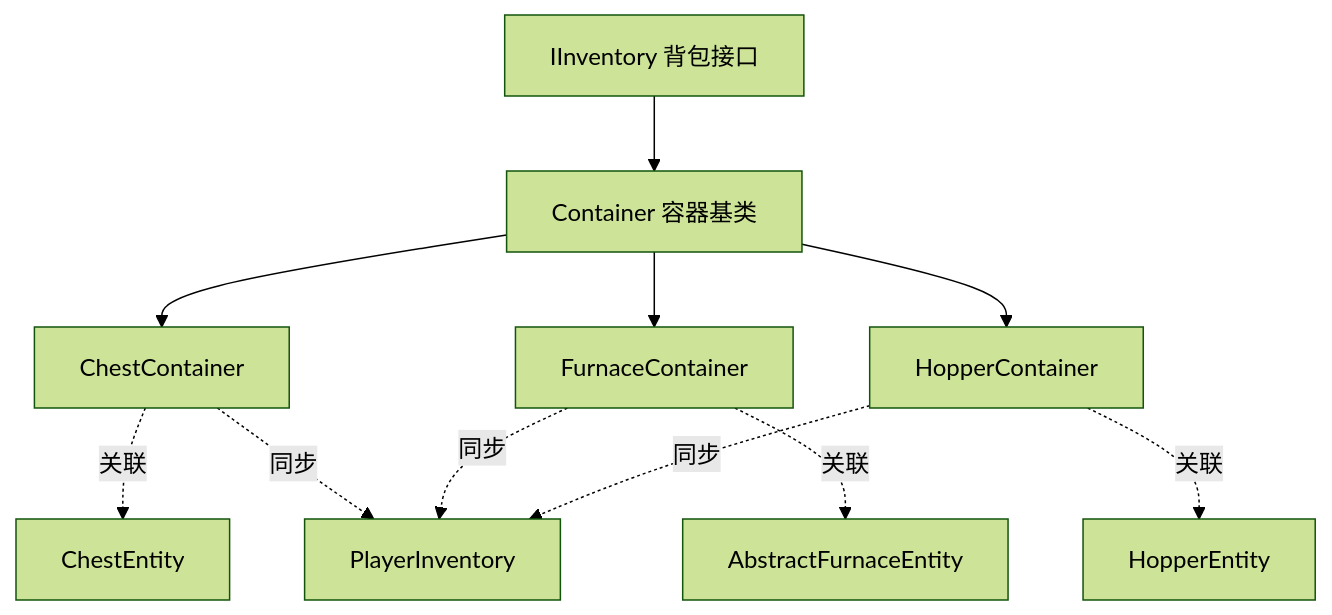
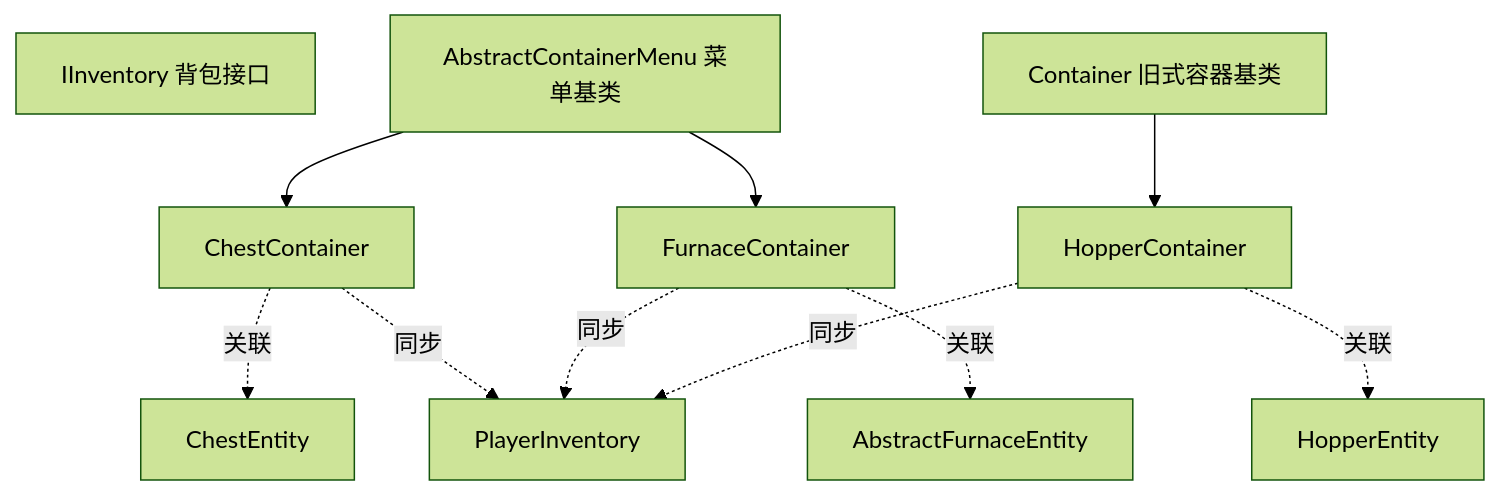
Before and after one commit to g122622/Cubium: the diagram in src/common/entity/inventory/container/README.md, drawn with Mermaid (forest theme). The commit also changed other lines of this file and 33 other files, not shown here.

````diff
--- a/src/common/entity/inventory/container/README.md
+++ b/src/common/entity/inventory/container/README.md
@@ -84,23 +86,23 @@
 ```mermaid
 graph TB
     IInventory[IInventory 背包接口]
-    Container[Container 容器基类]
+    AbstractContainerMenu[AbstractContainerMenu 菜单基类]
+    Container[Container 旧式容器基类]
     ChestContainer[ChestContainer]
     FurnaceContainer[FurnaceContainer]
     HopperContainer[HopperContainer]
     ChestEntity[ChestEntity]
     FurnaceEntity[AbstractFurnaceEntity]
     HopperEntity[HopperEntity]
     PlayerInventory[PlayerInventory]
 
-    IInventory --> Container
-    Container --> ChestContainer
-    Container --> FurnaceContainer
+    AbstractContainerMenu --> ChestContainer
+    AbstractContainerMenu --> FurnaceContainer
     Container --> HopperContainer
     ChestContainer -.关联.-> ChestEntity
     FurnaceContainer -.关联.-> FurnaceEntity
     HopperContainer -.关联.-> HopperEntity
     ChestContainer -.同步.-> PlayerInventory
     FurnaceContainer -.同步.-> PlayerInventory
     HopperContainer -.同步.-> PlayerInventory
 ```
````
